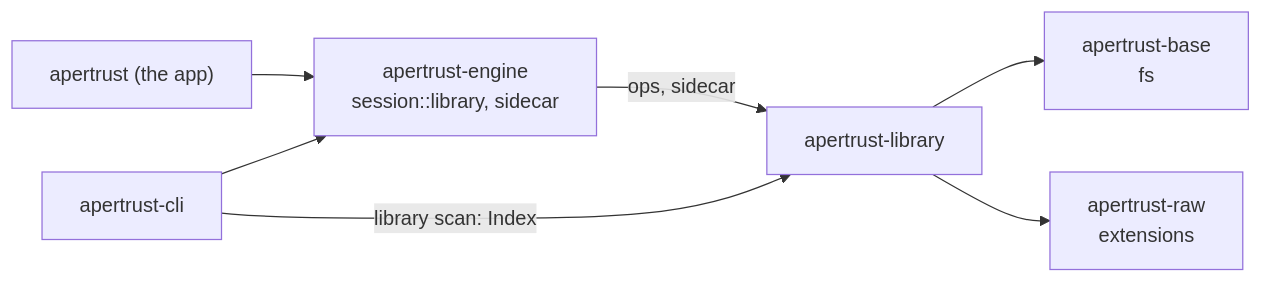
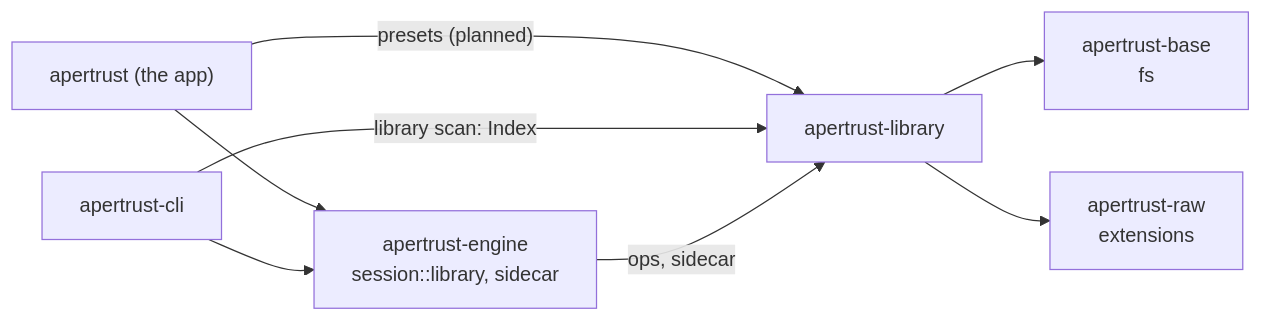
The fourth of 6 diagrams in docs/library.md (apertrust/apertrust), drawn with Mermaid before and after one commit. The commit also changed other lines of this file and 15 other files, not shown here.

````diff
--- a/docs/library.md
+++ b/docs/library.md
@@ -377,9 +381,10 @@
 ```mermaid
 flowchart LR
     app["apertrust (the app)"] --> engine["apertrust-engine<br/>session::library, sidecar"]
+    app -->|"presets (planned)"| library
     cli["apertrust-cli"] --> engine
     cli -->|"library scan: Index"| library
     engine -->|"ops, sidecar"| library["apertrust-library"]
     library --> base["apertrust-base<br/>fs"]
     library --> raw["apertrust-raw<br/>extensions"]
 ```
````
